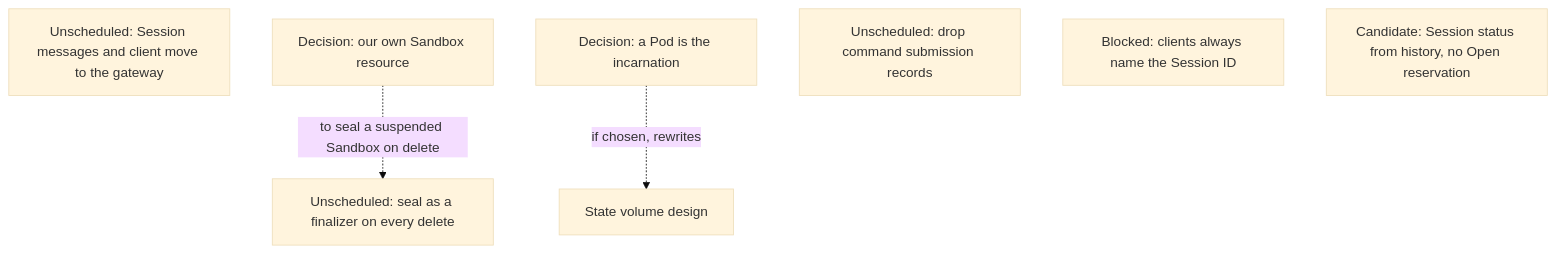
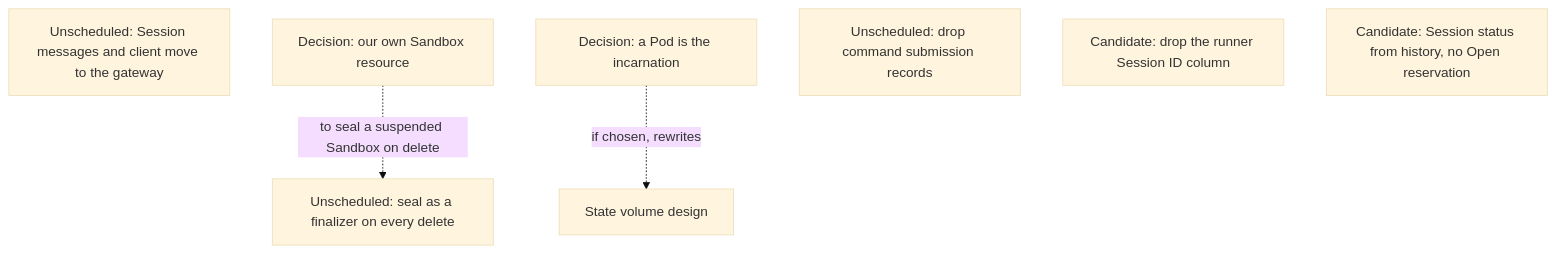
Before and after one commit to agentydragon/ducktape: diagram 12 of 13 in agentplane/plans/task_dag.md, drawn with Mermaid (base theme). The commit also changed other lines of this file and 14 other files, not shown here.

````diff
--- a/agentplane/plans/task_dag.md
+++ b/agentplane/plans/task_dag.md
@@ -865,12 +865,12 @@
 ```mermaid
 flowchart TD
     GATEWAY_CLIENT_SPLIT[Unscheduled: Session messages and client move to the gateway]
     AGENTPLANE_SANDBOX_RESOURCE[Decision: our own Sandbox resource]
     POD_INCARNATION[Decision: a Pod is the incarnation]
     SEAL_FINALIZER[Unscheduled: seal as a finalizer on every delete]
     COMMAND_RECORDS_RETIRE[Unscheduled: drop command submission records]
-    SESSION_ID_MINT_RETIRE[Blocked: clients always name the Session ID]
+    SESSION_ID_MINT_RETIRE[Candidate: drop the runner Session ID column]
     LOOKUP_SESSION_RETIRE[Candidate: Session status from history, no Open reservation]
     AGENTPLANE_SANDBOX_RESOURCE -. to seal a suspended Sandbox on delete .-> SEAL_FINALIZER
     POD_INCARNATION -. if chosen, rewrites .-> SESSION_STATE_VOLUME_DESIGN[State volume design]
 ```
````
